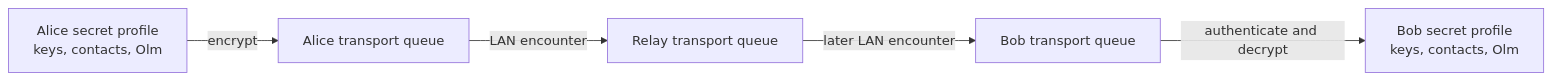
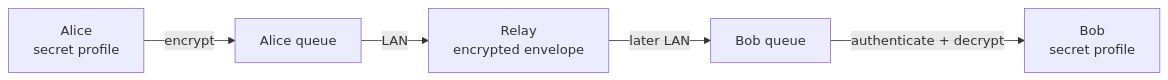
Before and after one commit to sascka/lantern: the diagram in README.md, drawn with Mermaid. The commit also changed other lines of this file and 3 other files, not shown here.

````diff
--- a/README.md
+++ b/README.md
@@ -66,13 +43,7 @@
 ```mermaid
 flowchart LR
-    AP["Alice secret profile<br/>keys, contacts, Olm"]
-    AQ["Alice transport queue"]
-    RQ["Relay transport queue"]
-    BQ["Bob transport queue"]
-    BP["Bob secret profile<br/>keys, contacts, Olm"]
-
-    AP -->|encrypt| AQ
-    AQ -->|LAN encounter| RQ
-    RQ -->|later LAN encounter| BQ
-    BQ -->|authenticate and decrypt| BP
+    A["Alice<br/>secret profile"] -->|encrypt| AQ["Alice queue"]
+    AQ -->|LAN| R["Relay<br/>encrypted envelope"]
+    R -->|later LAN| BQ["Bob queue"]
+    BQ -->|authenticate + decrypt| B["Bob<br/>secret profile"]
 ```
````
